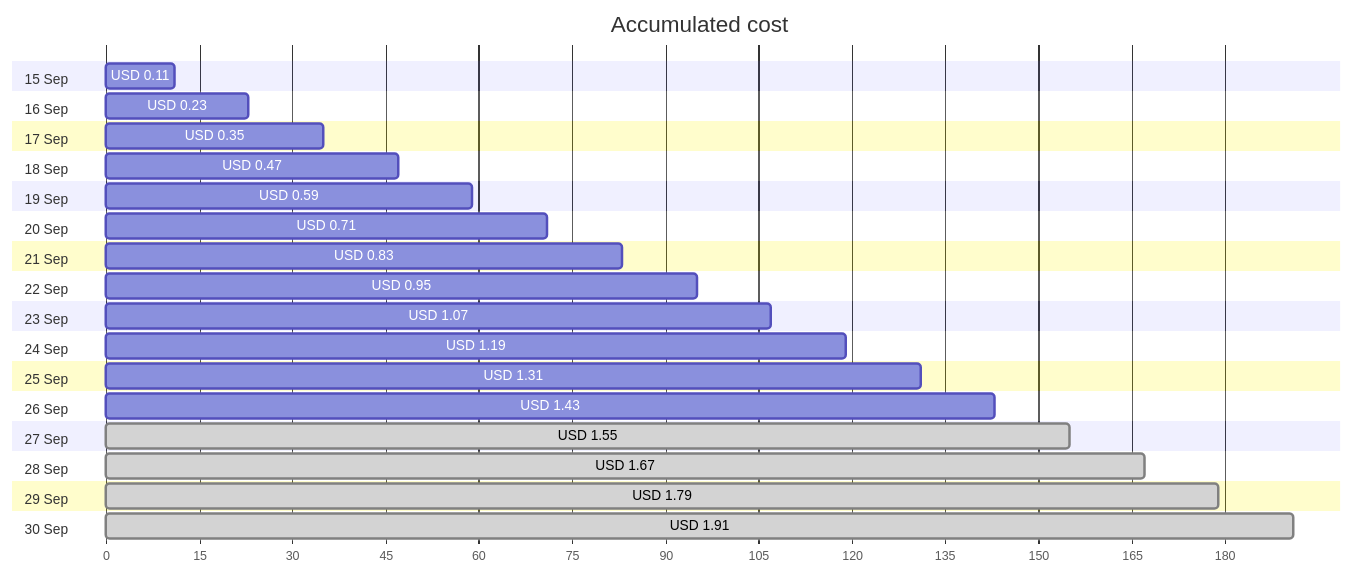
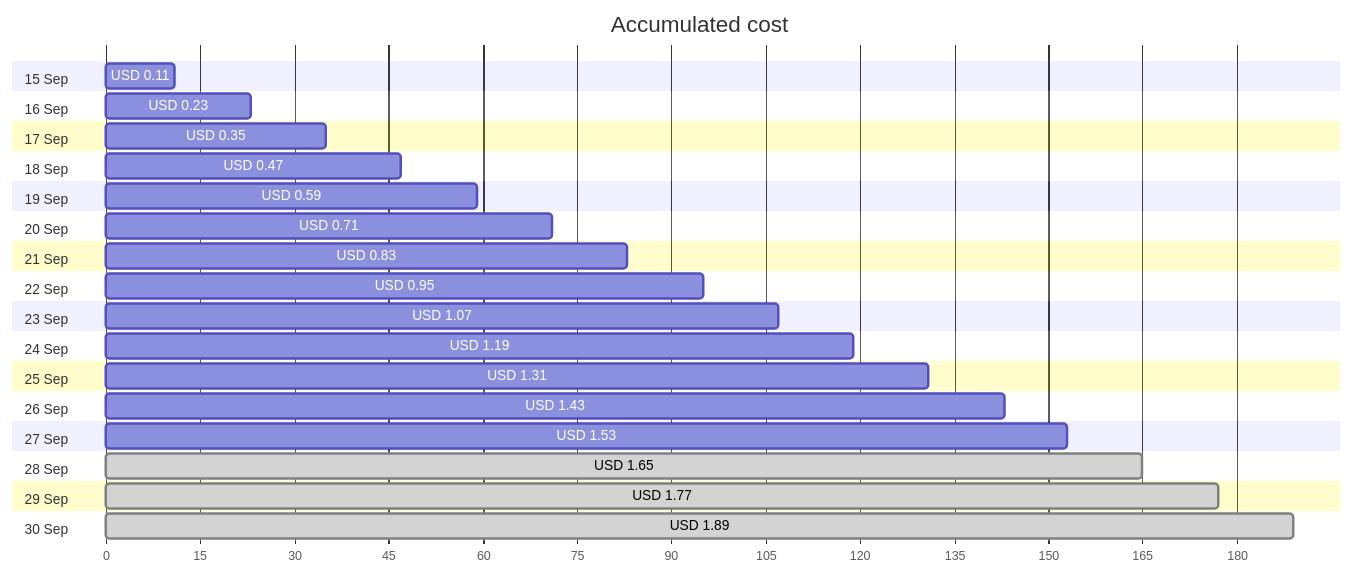
One commit to jpfulton/azure-personal-reports changed the first of 4 diagrams in cost-reports/personal-network/vpn-server-public-ip.md. Above: the diagram before and after it, drawn with Mermaid. The commit also changed other lines of this file and 9 other files, not shown here.

````diff
--- a/cost-reports/personal-network/vpn-server-public-ip.md
+++ b/cost-reports/personal-network/vpn-server-public-ip.md
@@ -20,38 +20,38 @@
 ```mermaid
 gantt
    title Accumulated cost
    dateFormat  X
    axisFormat %s
    section 15 Sep
    USD 0.11 :0, 11
    section 16 Sep
    USD 0.23 :0, 23
    section 17 Sep
    USD 0.35 :0, 35
    section 18 Sep
    USD 0.47 :0, 47
    section 19 Sep
    USD 0.59 :0, 59
    section 20 Sep
    USD 0.71 :0, 71
    section 21 Sep
    USD 0.83 :0, 83
    section 22 Sep
    USD 0.95 :0, 95
    section 23 Sep
    USD 1.07 :0, 107
    section 24 Sep
    USD 1.19 :0, 119
    section 25 Sep
    USD 1.31 :0, 131
    section 26 Sep
    USD 1.43 :0, 143
    section 27 Sep
-   USD 1.55 : done, 0, 155
+   USD 1.53 :0, 153
    section 28 Sep
-   USD 1.67 : done, 0, 167
+   USD 1.65 : done, 0, 165
    section 29 Sep
-   USD 1.79 : done, 0, 179
+   USD 1.77 : done, 0, 177
    section 30 Sep
-   USD 1.91 : done, 0, 191
+   USD 1.89 : done, 0, 189
 ```
````
